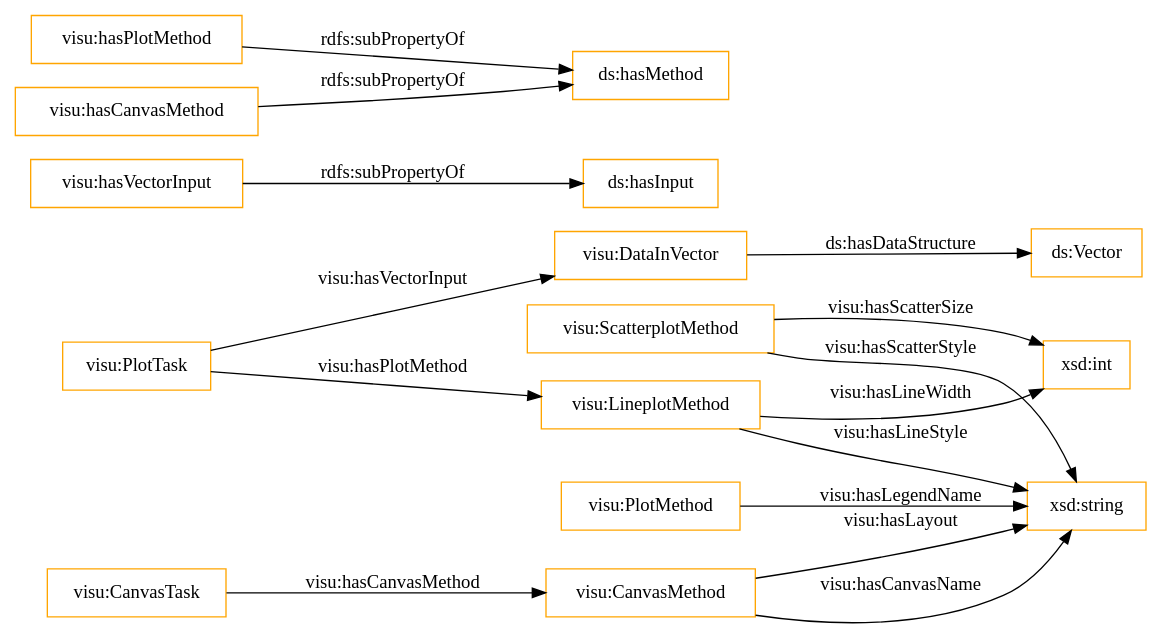
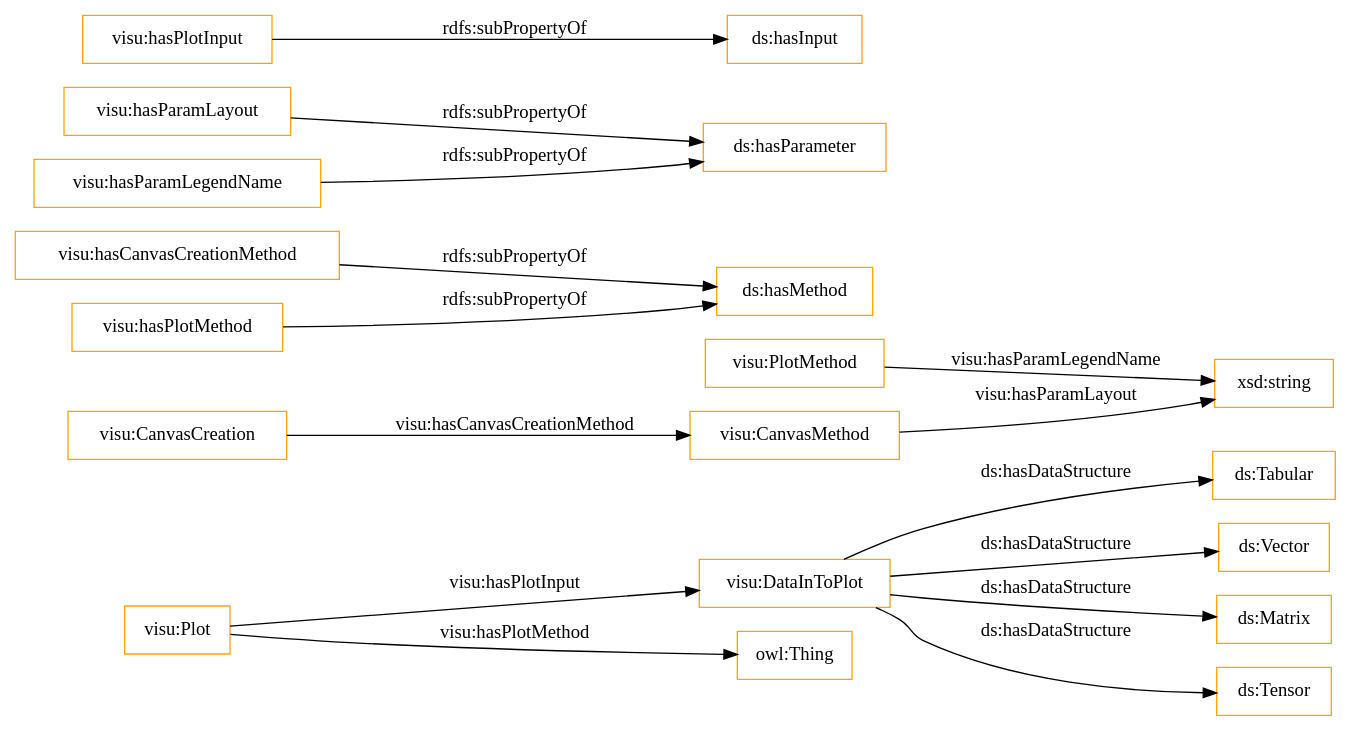
Before and after one commit to nsai-uio/ExeKGOntology: the diagram in OnToology/visu_exeKGOntology.ttl/diagrams/ar2dtool-class/visu_exeKGOntology.ttl.png.dot, drawn with Graphviz. The commit also changed 63 other files, not shown here.

```diff
--- a/OnToology/visu_exeKGOntology.ttl/diagrams/ar2dtool-class/visu_exeKGOntology.ttl.png.dot
+++ b/OnToology/visu_exeKGOntology.ttl/diagrams/ar2dtool-class/visu_exeKGOntology.ttl.png.dot
@@ -1,20 +1,20 @@
 digraph ar2dtool_diagram { 
 rankdir=LR;
 size="1501"
-node [shape = rectangle, color="orange"]; "visu:DataInVector" "visu:ScatterplotMethod" "visu:LineplotMethod" "visu:PlotTask" "visu:PlotMethod" "visu:CanvasTask" "visu:CanvasMethod" ; /*classes style*/
-	"visu:hasVectorInput" -> "ds:hasInput" [ label = "rdfs:subPropertyOf" ];
+node [shape = rectangle, color="orange"]; "visu:DataInToPlot" "visu:Plot" "visu:PlotMethod" "visu:CanvasCreation" "visu:CanvasMethod" ; /*classes style*/
+	"visu:hasCanvasCreationMethod" -> "ds:hasMethod" [ label = "rdfs:subPropertyOf" ];
+	"visu:hasParamLayout" -> "ds:hasParameter" [ label = "rdfs:subPropertyOf" ];
+	"visu:DataInToPlot" -> "ds:Tabular" [ label = "ds:hasDataStructure" ];
+	"visu:DataInToPlot" -> "ds:Vector" [ label = "ds:hasDataStructure" ];
+	"visu:DataInToPlot" -> "ds:Matrix" [ label = "ds:hasDataStructure" ];
+	"visu:DataInToPlot" -> "ds:Tensor" [ label = "ds:hasDataStructure" ];
+	"visu:hasPlotInput" -> "ds:hasInput" [ label = "rdfs:subPropertyOf" ];
+	"visu:hasParamLegendName" -> "ds:hasParameter" [ label = "rdfs:subPropertyOf" ];
 	"visu:hasPlotMethod" -> "ds:hasMethod" [ label = "rdfs:subPropertyOf" ];
-	"visu:DataInVector" -> "ds:Vector" [ label = "ds:hasDataStructure" ];
-	"visu:hasCanvasMethod" -> "ds:hasMethod" [ label = "rdfs:subPropertyOf" ];
-	"visu:LineplotMethod" -> "xsd:string" [ label = "visu:hasLineStyle" ];
-	"visu:ScatterplotMethod" -> "xsd:string" [ label = "visu:hasScatterStyle" ];
-	"visu:PlotTask" -> "visu:DataInVector" [ label = "visu:hasVectorInput" ];
-	"visu:PlotTask" -> "visu:LineplotMethod" [ label = "visu:hasPlotMethod" ];
-	"visu:ScatterplotMethod" -> "xsd:int" [ label = "visu:hasScatterSize" ];
-	"visu:CanvasMethod" -> "xsd:string" [ label = "visu:hasLayout" ];
-	"visu:CanvasTask" -> "visu:CanvasMethod" [ label = "visu:hasCanvasMethod" ];
-	"visu:CanvasMethod" -> "xsd:string" [ label = "visu:hasCanvasName" ];
-	"visu:LineplotMethod" -> "xsd:int" [ label = "visu:hasLineWidth" ];
-	"visu:PlotMethod" -> "xsd:string" [ label = "visu:hasLegendName" ];
+	"visu:CanvasMethod" -> "xsd:string" [ label = "visu:hasParamLayout" ];
+	"visu:PlotMethod" -> "xsd:string" [ label = "visu:hasParamLegendName" ];
+	"visu:Plot" -> "owl:Thing" [ label = "visu:hasPlotMethod" ];
+	"visu:CanvasCreation" -> "visu:CanvasMethod" [ label = "visu:hasCanvasCreationMethod" ];
+	"visu:Plot" -> "visu:DataInToPlot" [ label = "visu:hasPlotInput" ];
 
 }
```
